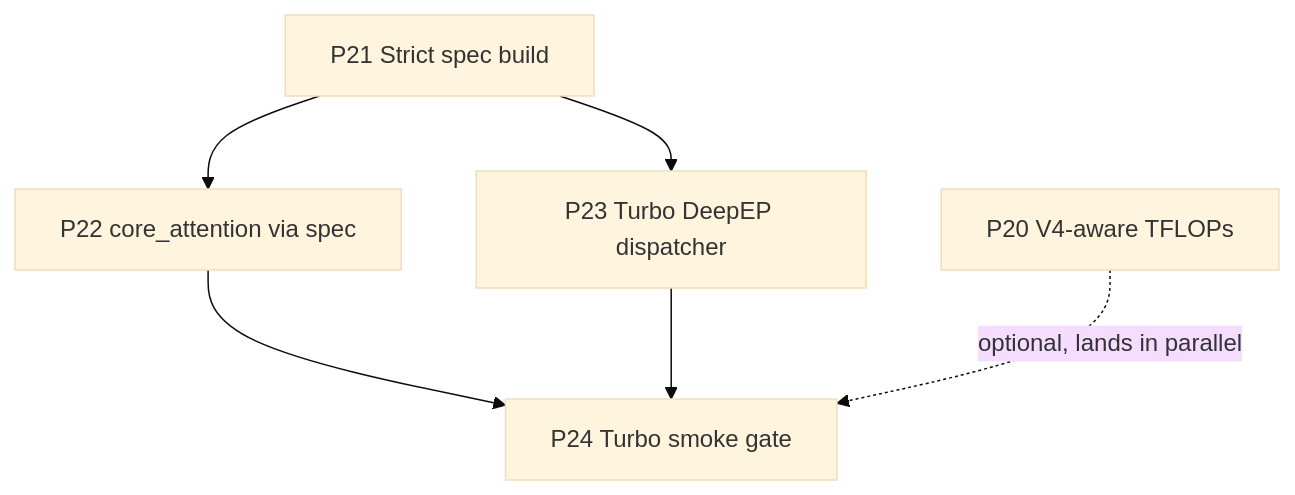
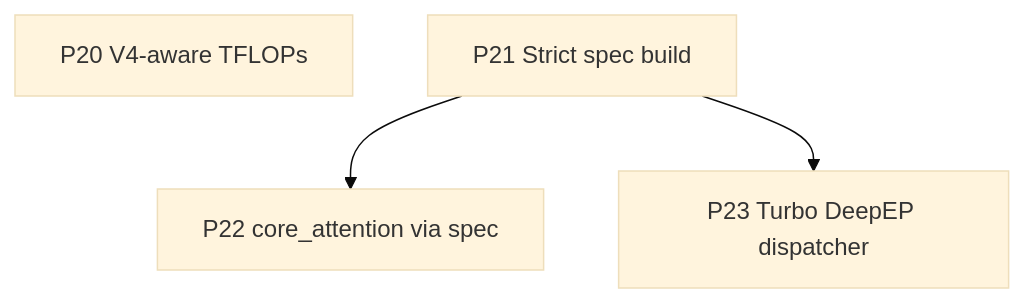
Before and after one commit to AMD-AGI/Primus: the diagram in deepseek-v4/develop/plan-3/01-roadmap.md, drawn with Mermaid (base theme). The commit also changed other lines of this file and 9 other files, not shown here.

````diff
--- a/deepseek-v4/develop/plan-3/01-roadmap.md
+++ b/deepseek-v4/develop/plan-3/01-roadmap.md
@@ -19,14 +18,10 @@
 ```mermaid
 flowchart TD
 P20[P20 V4-aware TFLOPs]
 P21[P21 Strict spec build]
 P22[P22 core_attention via spec]
 P23[P23 Turbo DeepEP dispatcher]
-P24[P24 Turbo smoke gate]
 
 P21 --> P22
 P21 --> P23
-P22 --> P24
-P23 --> P24
-P20 -.optional, lands in parallel.-> P24
 ```
````
